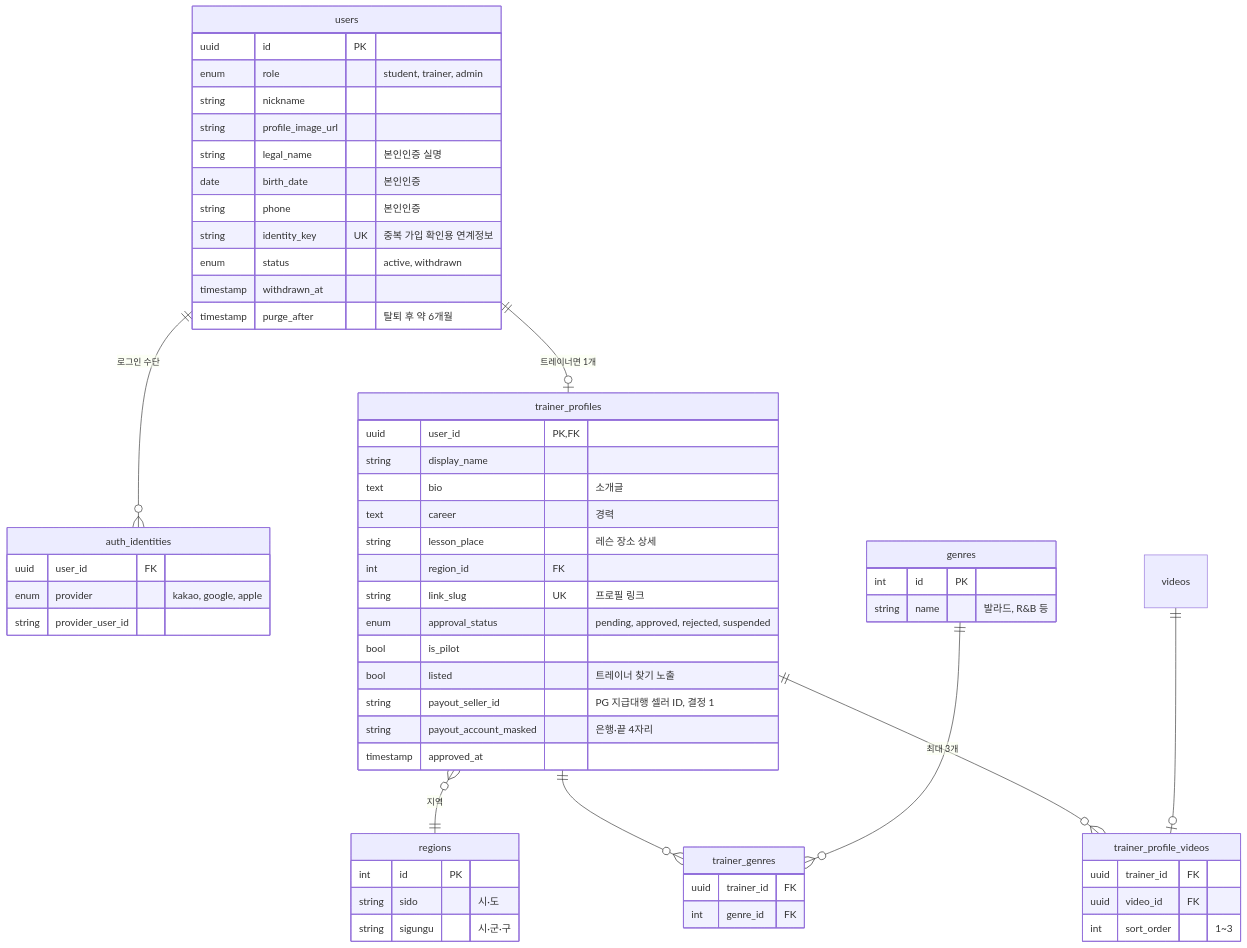
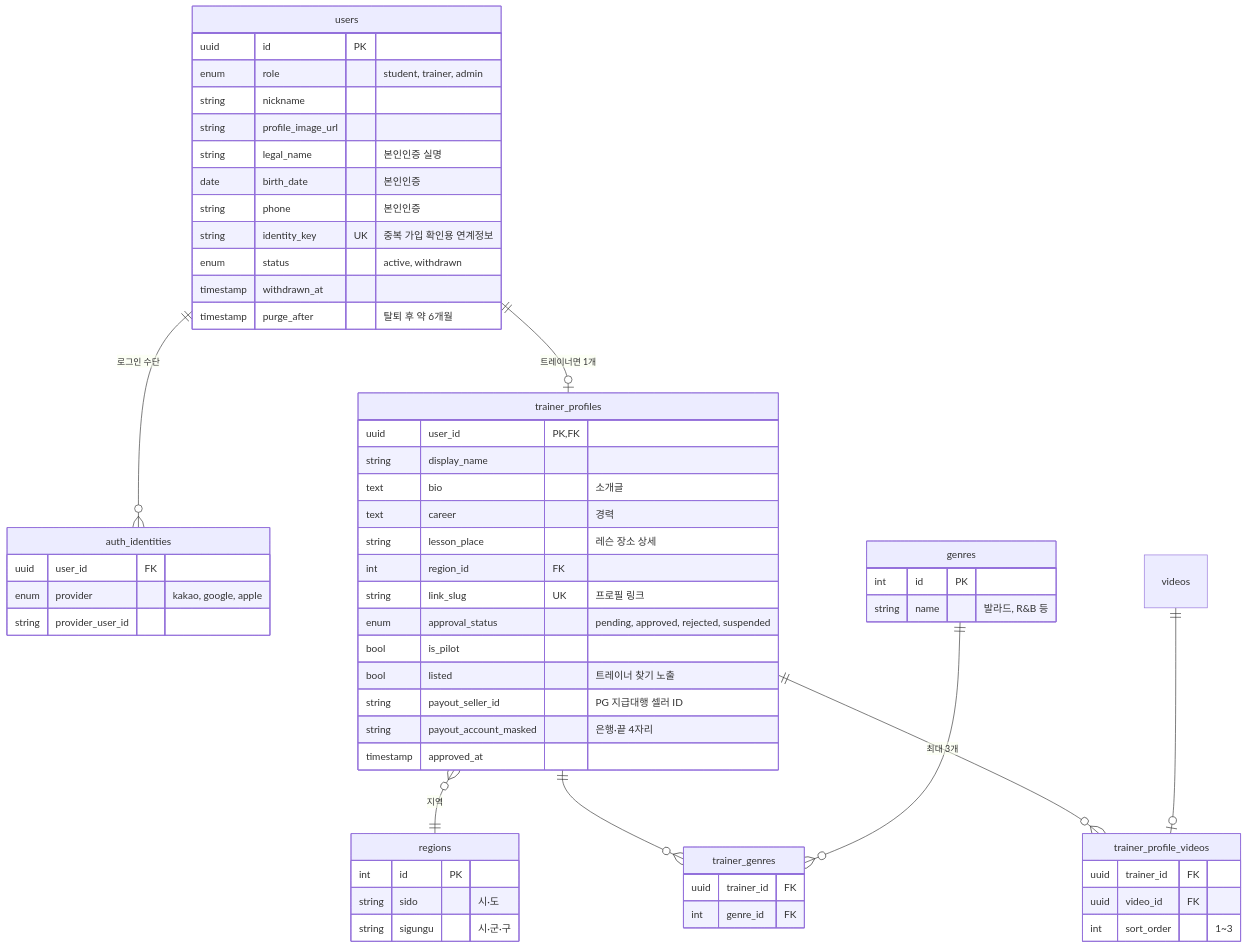
Before and after one commit to Yun-Jehyeok/vocals: the first of 7 diagrams in docs/erd.md, drawn with Mermaid. The commit also changed other lines of this file, not shown here.

````diff
--- a/docs/erd.md
+++ b/docs/erd.md
@@ -38,62 +38,62 @@
 ```mermaid
 erDiagram
     users ||--o{ auth_identities : "로그인 수단"
     users ||--o| trainer_profiles : "트레이너면 1개"
     trainer_profiles }o--|| regions : "지역"
     trainer_profiles ||--o{ trainer_genres : ""
     genres ||--o{ trainer_genres : ""
     trainer_profiles ||--o{ trainer_profile_videos : "최대 3개"
     videos ||--o| trainer_profile_videos : ""
 
     users {
         uuid id PK
         enum role "student, trainer, admin"
         string nickname
         string profile_image_url
         string legal_name "본인인증 실명"
         date birth_date "본인인증"
         string phone "본인인증"
         string identity_key UK "중복 가입 확인용 연계정보"
         enum status "active, withdrawn"
         timestamp withdrawn_at
         timestamp purge_after "탈퇴 후 약 6개월"
     }
     auth_identities {
         uuid user_id FK
         enum provider "kakao, google, apple"
         string provider_user_id
     }
     trainer_profiles {
         uuid user_id PK, FK
         string display_name
         text bio "소개글"
         text career "경력"
         string lesson_place "레슨 장소 상세"
         int region_id FK
         string link_slug UK "프로필 링크"
         enum approval_status "pending, approved, rejected, suspended"
         bool is_pilot
         bool listed "트레이너 찾기 노출"
-        string payout_seller_id "PG 지급대행 셀러 ID, 결정 1"
+        string payout_seller_id "PG 지급대행 셀러 ID"
         string payout_account_masked "은행·끝 4자리"
         timestamp approved_at
     }
     regions {
         int id PK
         string sido "시·도"
         string sigungu "시·군·구"
     }
     genres {
         int id PK
         string name "발라드, R&B 등"
     }
     trainer_genres {
         uuid trainer_id FK
         int genre_id FK
     }
     trainer_profile_videos {
         uuid trainer_id FK
         uuid video_id FK
         int sort_order "1~3"
     }
 ```
````
